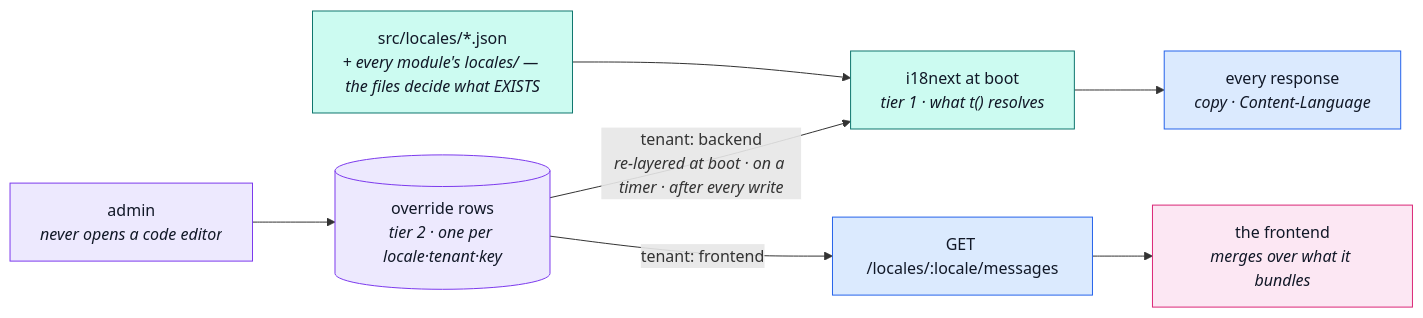
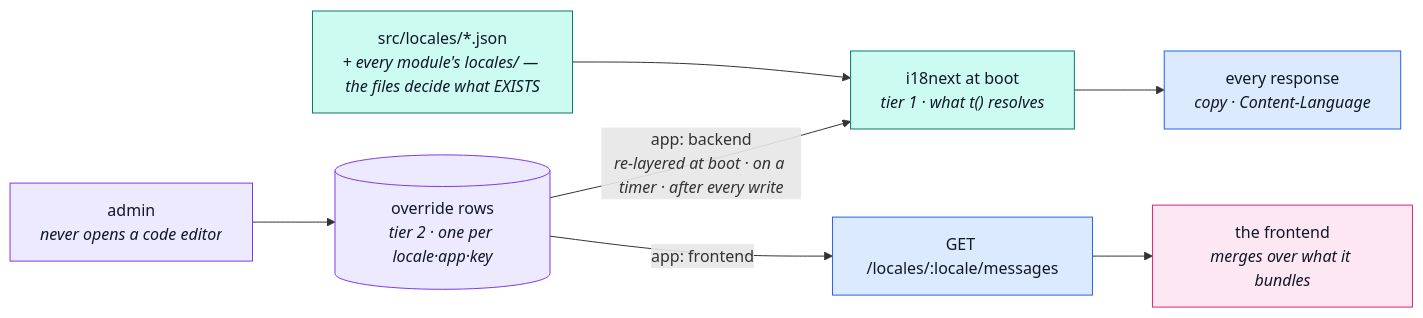
One commit to Guebbit/boilerplate-node-backend changed the diagram in docs/modules/locales.md. Above: the diagram before and after it, drawn with Mermaid. The commit also changed other lines of this file and 42 other files, not shown here.

First line of the commit message:
feat(locales): address entries by app, and call the keyspace an app

````diff
--- a/docs/modules/locales.md
+++ b/docs/modules/locales.md
@@ -59,19 +59,19 @@
 ```mermaid
 %%{init: {'flowchart': {'nodeSpacing': 28, 'rankSpacing': 60}}}%%
 flowchart LR
     F["src/locales/*.json<br/><i>+ every module's locales/ — the files decide what EXISTS</i>"] --> I["i18next at boot<br/><i>tier 1 · what t() resolves</i>"]
-    AD["admin<br/><i>never opens a code editor</i>"] --> DB[("override rows<br/><i>tier 2 · one per locale·tenant·key</i>")]
-    DB -->|"tenant: backend<br/><i>re-layered at boot · on a timer · after every write</i>"| I
-    DB -->|"tenant: frontend"| HT["GET /locales/:locale/messages"]
+    AD["admin<br/><i>never opens a code editor</i>"] --> DB[("override rows<br/><i>tier 2 · one per locale·app·key</i>")]
+    DB -->|"app: backend<br/><i>re-layered at boot · on a timer · after every write</i>"| I
+    DB -->|"app: frontend"| HT["GET /locales/:locale/messages"]
     HT --> FE["the frontend<br/><i>merges over what it bundles</i>"]
     I --> RS["every response<br/><i>copy · Content-Language</i>"]
 
     classDef files fill:#ccfbf1,stroke:#0f766e,color:#111827;
     classDef rows fill:#ede9fe,stroke:#7c3aed,color:#111827;
     classDef sink fill:#dbeafe,stroke:#2563eb,color:#111827;
     classDef ui fill:#fce7f3,stroke:#db2777,color:#111827;
     class F,I files;
     class AD,DB rows;
     class HT,RS sink;
     class FE ui;
 ```
````
